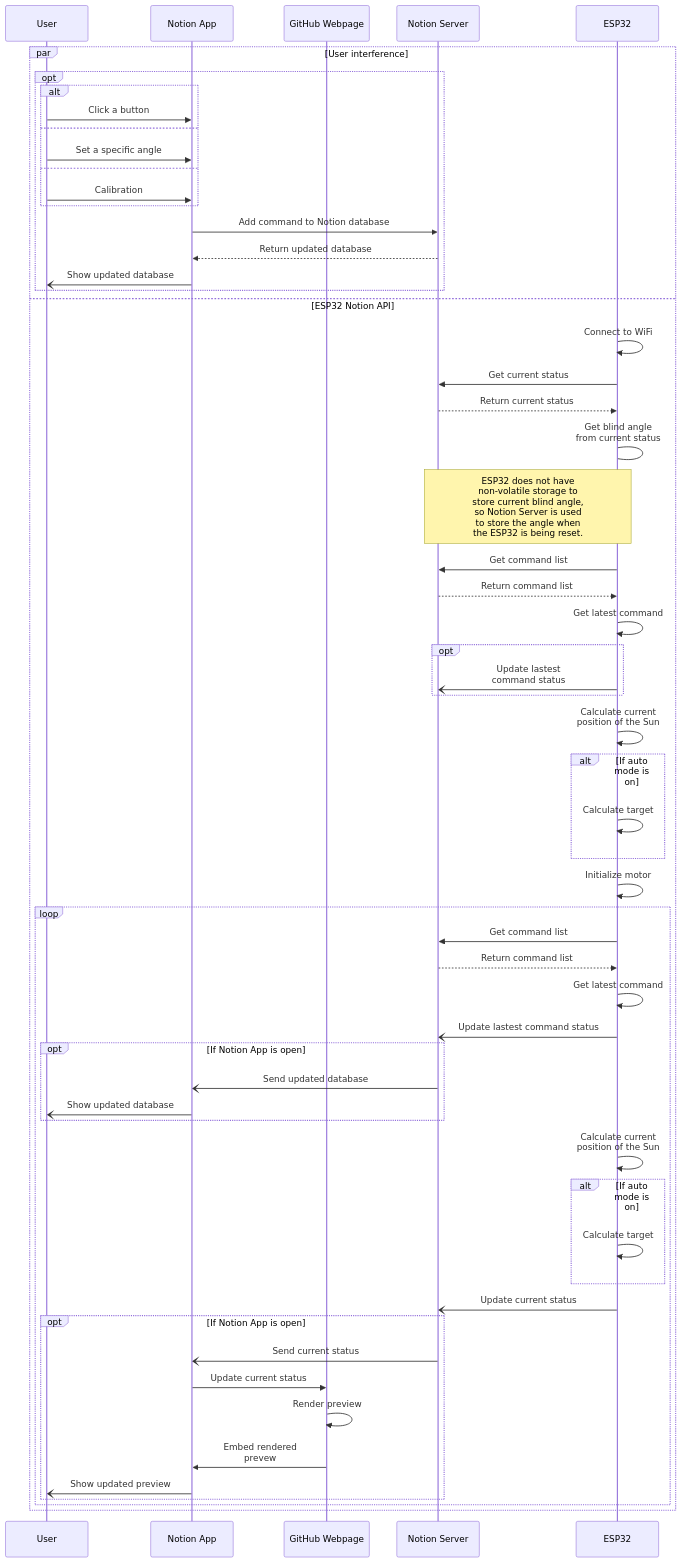
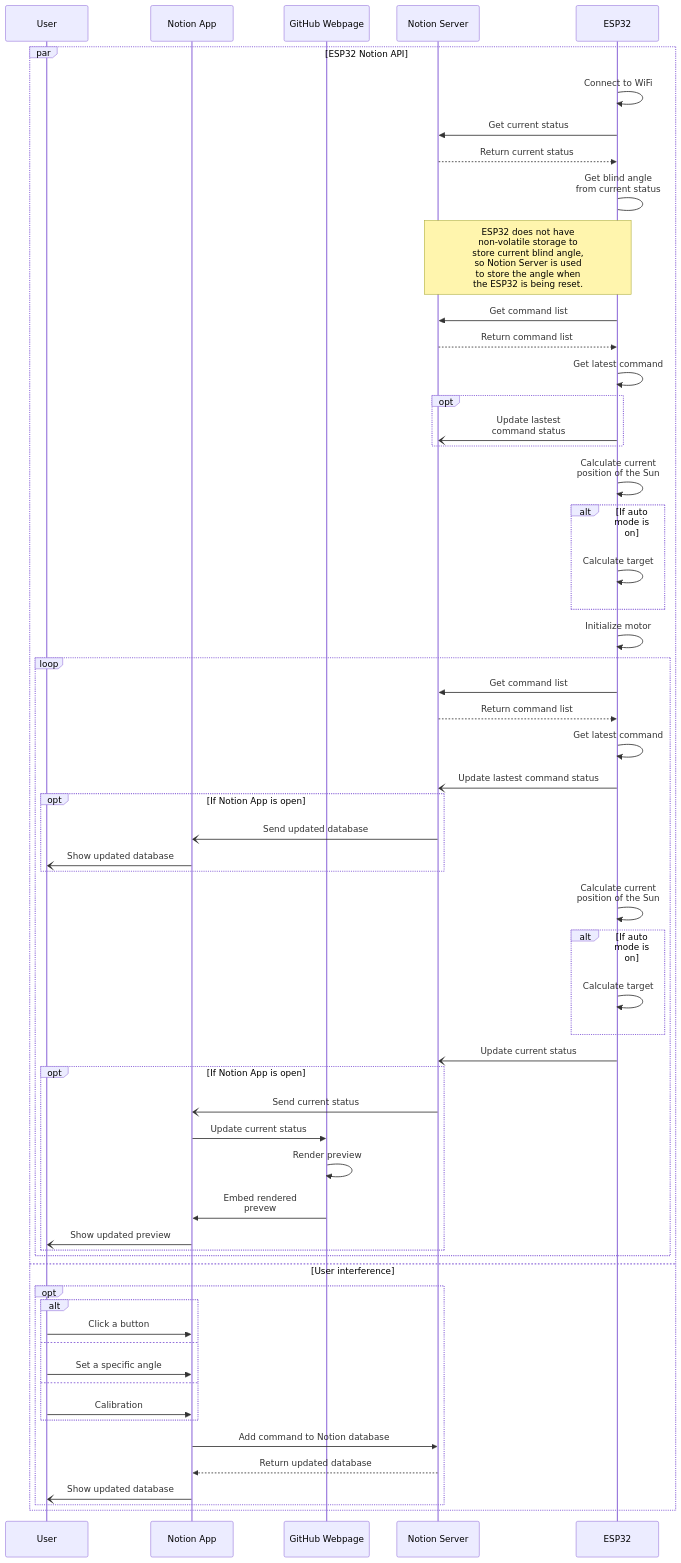
The diagram in README.md (buttonbugs/Auto-Blinds), drawn with Mermaid before and after one commit.

Commit message:
Improve: swap the position of "User interference" and "ESP32 Notion API" in README.md

````diff
--- a/README.md
+++ b/README.md
@@ -56,61 +56,61 @@
 ```mermaid
 sequenceDiagram
     participant user as User
     participant app as Notion App
     participant github as GitHub Webpage
     participant server as Notion Server
     participant esp32 as ESP32
-    par User interference
-        opt
-        alt
-        user->>app: Click a button
-        else
-        user->>app: Set a specific angle
-        else
-        user->>app: Calibration
-        end
-        app->>server: Add command to Notion database
-        server-->>app: Return updated database
-        app-)user: Show updated database
-        end
-    and ESP32 Notion API
+    par ESP32 Notion API
         esp32->>esp32: Connect to WiFi
         esp32->>server: Get current status
         server-->>esp32: Return current status
         esp32->esp32: Get blind angle <br> from current status
         Note over esp32,server: ESP32 does not have <br>non-volatile storage to <br>store current blind angle, <br>so Notion Server is used <br>to store the angle when <br>the ESP32 is being reset.
         esp32->>server: Get command list
         server-->>esp32: Return command list
         esp32->>esp32: Get latest command
         opt
             esp32-)server: Update lastest <br>command status
         end
         esp32->>esp32: Calculate current <br> position of the Sun
         alt If auto mode is on
             esp32->>esp32: Calculate target
         end
         esp32->>esp32: Initialize motor
         loop
             esp32->>server: Get command list
             server-->>esp32: Return command list
             esp32->>esp32: Get latest command
             esp32-)server: Update lastest command status
             opt If Notion App is open
                 server-)app: Send updated database
                 app-)user: Show updated database
             end
             esp32->>esp32: Calculate current <br> position of the Sun
             alt If auto mode is on
                 esp32->>esp32: Calculate target
             end
             esp32-)server: Update current status
             opt If Notion App is open
                 server-)app: Send current status
                 app->>github: Update current status
                 github->>github: Render preview
                 github->>app: Embed rendered <br>prevew
                 app-)user: Show updated preview
             end
         end
+    and User interference
+        opt
+            alt
+                user->>app: Click a button
+                else
+                user->>app: Set a specific angle
+                else
+                user->>app: Calibration
+            end
+            app->>server: Add command to Notion database
+            server-->>app: Return updated database
+            app-)user: Show updated database
+        end
     end
 ```
````
